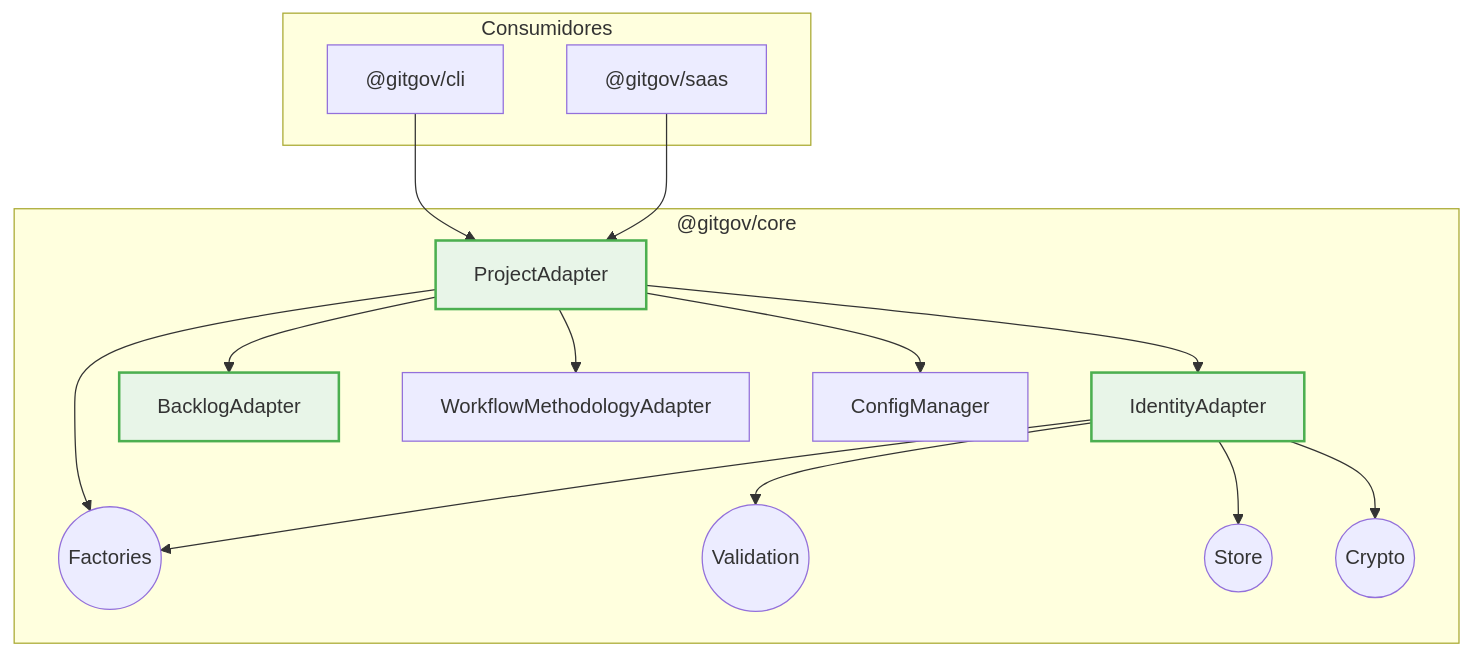
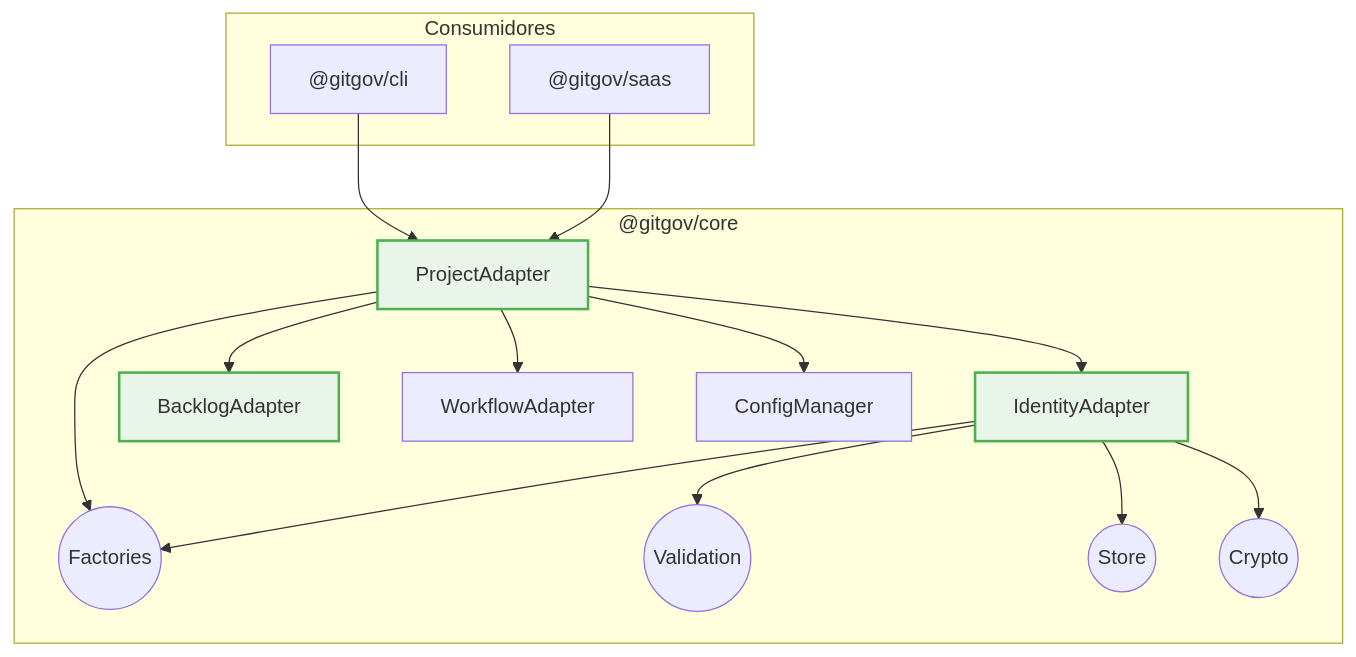
One commit to gitgovernance/monorepo changed the diagram in packages/core/README.md. Above: the diagram before and after it, drawn with Mermaid. The commit also changed other lines of this file and 35 other files, not shown here.

First line of the commit message:
refactor(core,cli): rename workflow_methodology → workflow

````diff
--- a/packages/core/README.md
+++ b/packages/core/README.md
@@ -138,26 +138,26 @@
 ```mermaid
 graph TD
     subgraph "@gitgov/core"
         PA[ProjectAdapter] --> IA[IdentityAdapter];
         PA --> BA[BacklogAdapter];
-        PA --> WMA[WorkflowMethodologyAdapter];
+        PA --> WMA[WorkflowAdapter];
         PA --> CM[ConfigManager];
         PA --> F((Factories));
         IA --> F;
         IA --> V((Validation));
         IA --> S((Store));
         IA --> CR((Crypto));
     end
 
     subgraph "Consumidores"
         CLI["@gitgov/cli"]
         SAAS["@gitgov/saas"]
     end
 
     CLI --> PA;
     SAAS --> PA;
 
     style PA fill:#e8f5e8,stroke:#4caf50,stroke-width:2px
     style IA fill:#e8f5e8,stroke:#4caf50,stroke-width:2px
     style BA fill:#e8f5e8,stroke:#4caf50,stroke-width:2px
 ```
````
